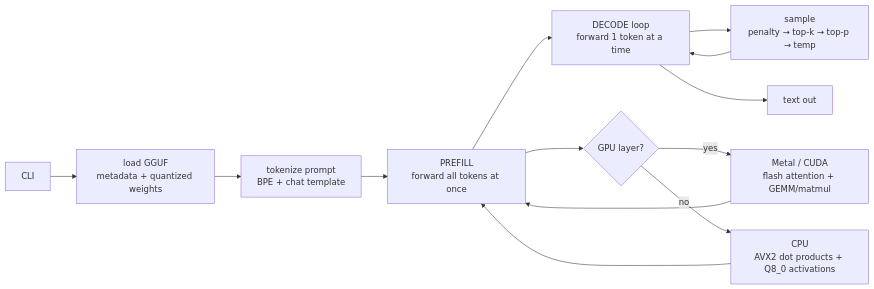
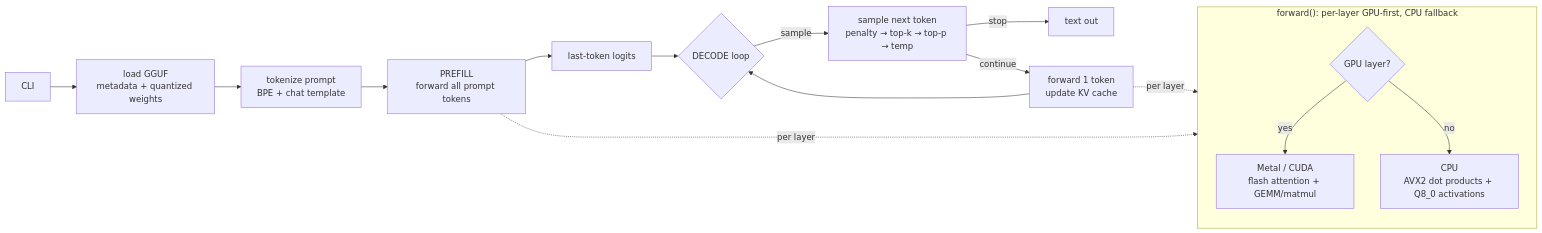
The diagram in README.md (yusiwen/minfer), drawn with Mermaid before and after one commit.

Commit message:
docs(readme): update architecture diagram to show forward pass flow
- Reorganized mermaid flowchart to clarify prefill/decode phases
- Added subgraph for GPU-first, CPU fallback per-layer forward logic
- Explicitly separated token sampling from stop/continue decision points
- Linked forward pass subgraph to both prefill and decode stages

````diff
--- a/README.md
+++ b/README.md
@@ -119,15 +119,20 @@
 ```mermaid
 flowchart LR
-    A[CLI] --> B[load GGUF<br/>metadata + quantized weights]
-    B --> C[tokenize prompt<br/>BPE + chat template]
-    C --> D[PREFILL<br/>forward all tokens at once]
-    D --> E[DECODE loop<br/>forward 1 token at a time]
-    E --> F[sample<br/>penalty → top-k → top-p → temp]
-    F --> E
-    E --> G[text out]
-    D --> H{GPU layer?}
-    H -->|yes| I[Metal / CUDA<br/>flash attention + GEMM/matmul]
-    H -->|no| J[CPU<br/>AVX2 dot products + Q8_0 activations]
-    I --> D
-    J --> D
+    subgraph FWD["forward(): per-layer GPU-first, CPU fallback"]
+        J{"GPU layer?"} -->|yes| K["Metal / CUDA<br/>flash attention + GEMM/matmul"]
+        J -->|no| L["CPU<br/>AVX2 dot products + Q8_0 activations"]
+    end
+
+    A["CLI"] --> B["load GGUF<br/>metadata + quantized weights"]
+    B --> C["tokenize prompt<br/>BPE + chat template"]
+    C --> D["PREFILL<br/>forward all prompt tokens"]
+    D --> E["last-token logits"]
+    E --> F{"DECODE loop"}
+    F -->|sample| G["sample next token<br/>penalty → top-k → top-p → temp"]
+    G -->|stop| H["text out"]
+    G -->|continue| I["forward 1 token<br/>update KV cache"]
+    I --> F
+
+    D -.->|per layer| FWD
+    I -.->|per layer| FWD
 ```
````
